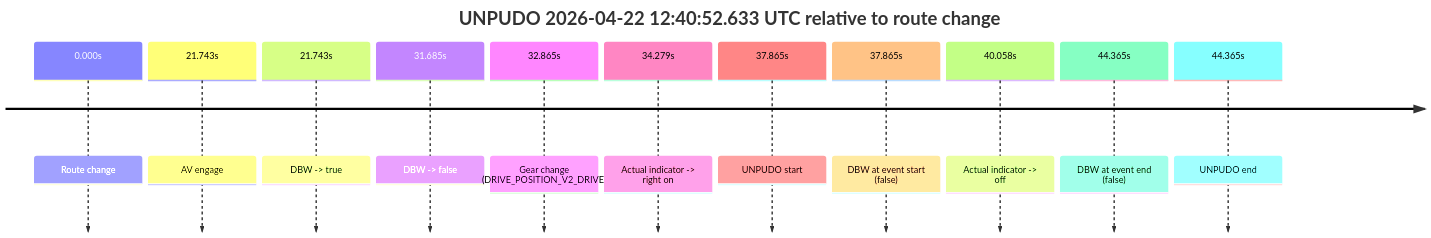
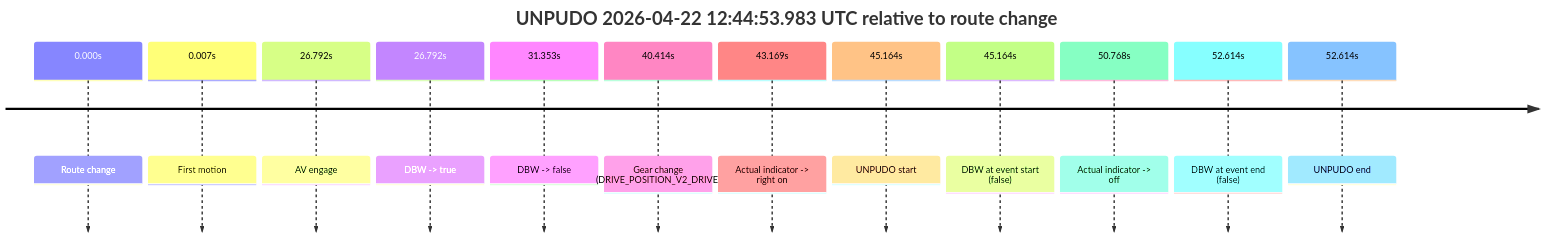
Before and after one commit to yoelshapiro/vault: the first of 2 diagrams in model_analysis/report_cards/2026/04/Week-4/fme20032--2026-04-22--12-33-52--gen2-av-2404bd00-44c2-4b33-8228-6c8504522a0f.md, drawn with Mermaid. The commit also changed other lines of this file and 17 other files, not shown here.

````diff
--- a/model_analysis/report_cards/2026/04/Week-4/fme20032--2026-04-22--12-33-52--gen2-av-2404bd00-44c2-4b33-8228-6c8504522a0f.md
+++ b/model_analysis/report_cards/2026/04/Week-4/fme20032--2026-04-22--12-33-52--gen2-av-2404bd00-44c2-4b33-8228-6c8504522a0f.md
@@ -44,15 +45,16 @@
 ```mermaid
 timeline
-    title UNPUDO 2026-04-22 12:40:52.633 UTC relative to route change
+    title UNPUDO 2026-04-22 12:44:53.983 UTC relative to route change
     0.000s : Route change
-    21.743s : AV engage
-    21.743s : DBW -> true
-    31.685s : DBW -> false
-    32.865s : Gear change (DRIVE_POSITION_V2_DRIVE)
-    34.279s : Actual indicator -> right on
-    37.865s : UNPUDO start
-    37.865s : DBW at event start (false)
-    40.058s : Actual indicator -> off
-    44.365s : DBW at event end (false)
-    44.365s : UNPUDO end
+    0.007s : First motion
+    26.792s : AV engage
+    26.792s : DBW -> true
+    31.353s : DBW -> false
+    40.414s : Gear change (DRIVE_POSITION_V2_DRIVE)
+    43.169s : Actual indicator -> right on
+    45.164s : UNPUDO start
+    45.164s : DBW at event start (false)
+    50.768s : Actual indicator -> off
+    52.614s : DBW at event end (false)
+    52.614s : UNPUDO end
 ```
````
